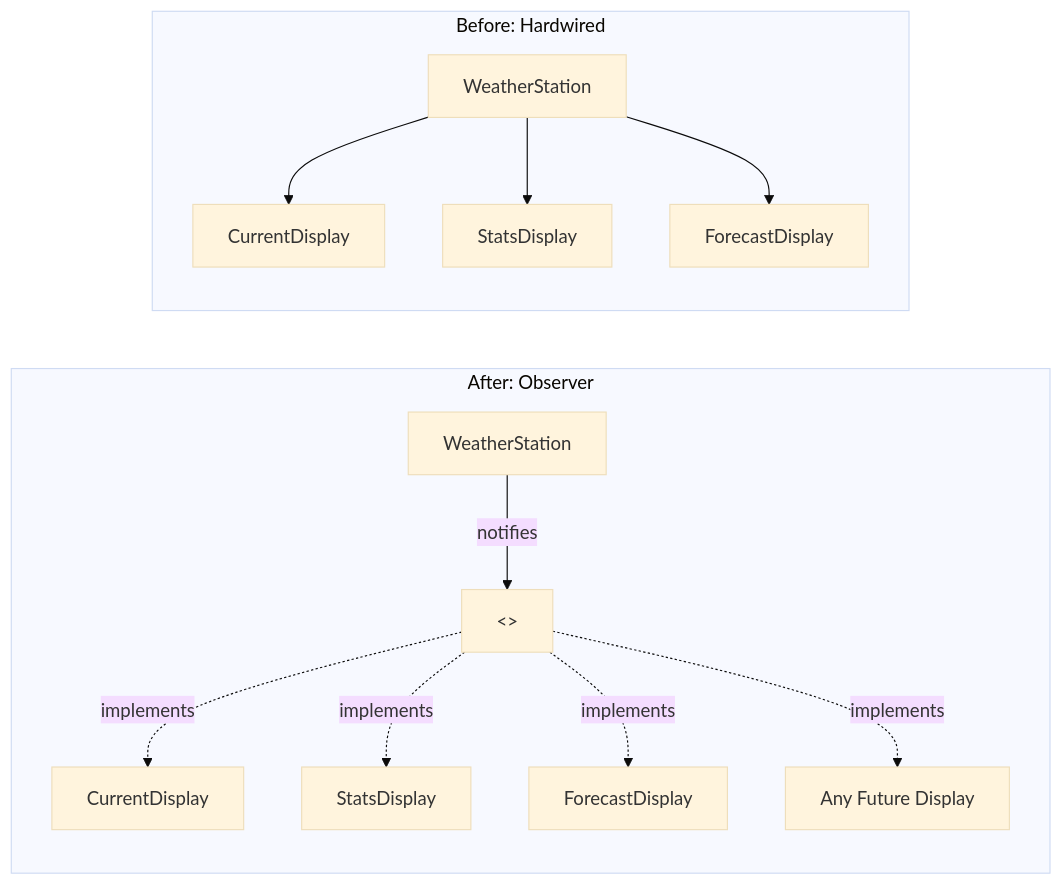
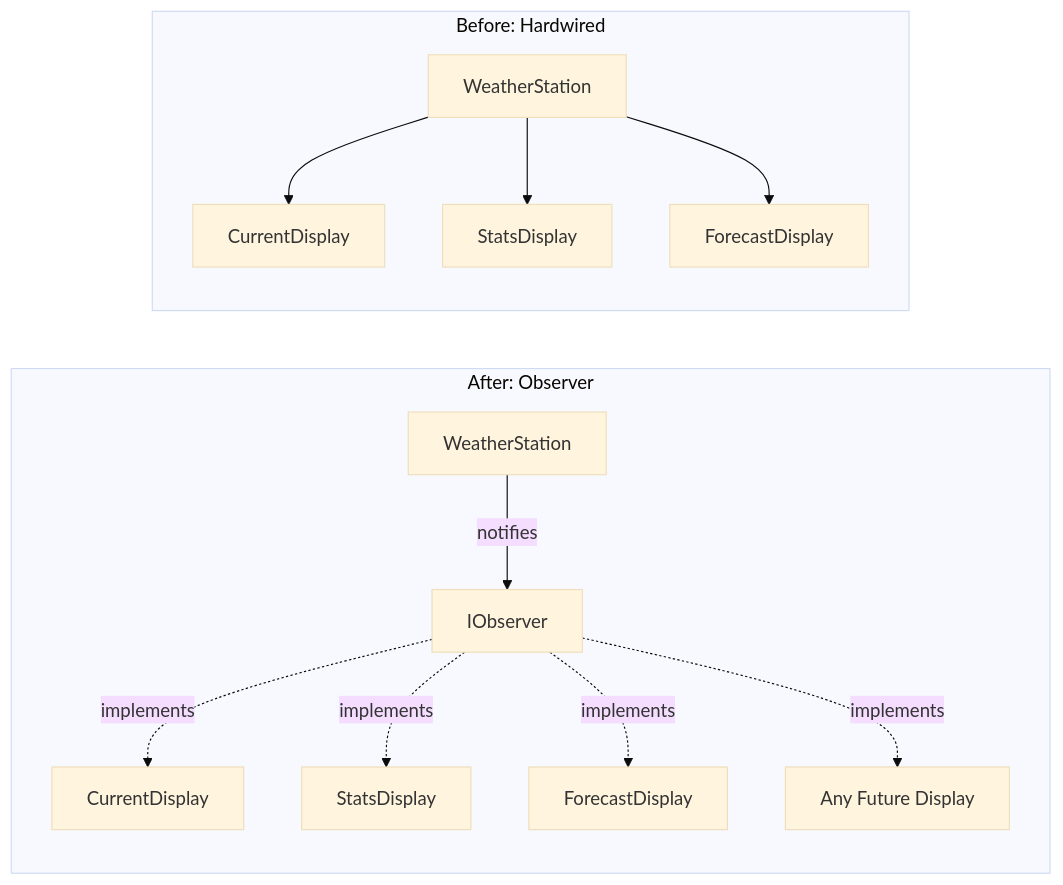
One commit to jeff-adkisson/swe-4743-spring-2026-oo-design changed the second of 11 diagrams in presentations/13-observer-pattern.md. Above: the diagram before and after it, drawn with Mermaid (base theme). The commit also changed 3 other files, not shown here.

````diff
--- a/presentations/13-observer-pattern.md
+++ b/presentations/13-observer-pattern.md
@@ -108,19 +108,19 @@
 ```mermaid
 flowchart LR
     subgraph After ["After: Observer"]
         direction TB
-        WS2[WeatherStation] -->|notifies| I[<<IObserver>>]
+        WS2[WeatherStation] -->|notifies| I[IObserver]
         I -.->|implements| D4[CurrentDisplay]
         I -.->|implements| D5[StatsDisplay]
         I -.->|implements| D6[ForecastDisplay]
         I -.->|implements| D7[Any Future Display]
     end
     subgraph Before ["Before: Hardwired"]
         direction TB
         WS1[WeatherStation] --> D1[CurrentDisplay]
         WS1 --> D2[StatsDisplay]
         WS1 --> D3[ForecastDisplay]
     end
 
 
 ```
````
